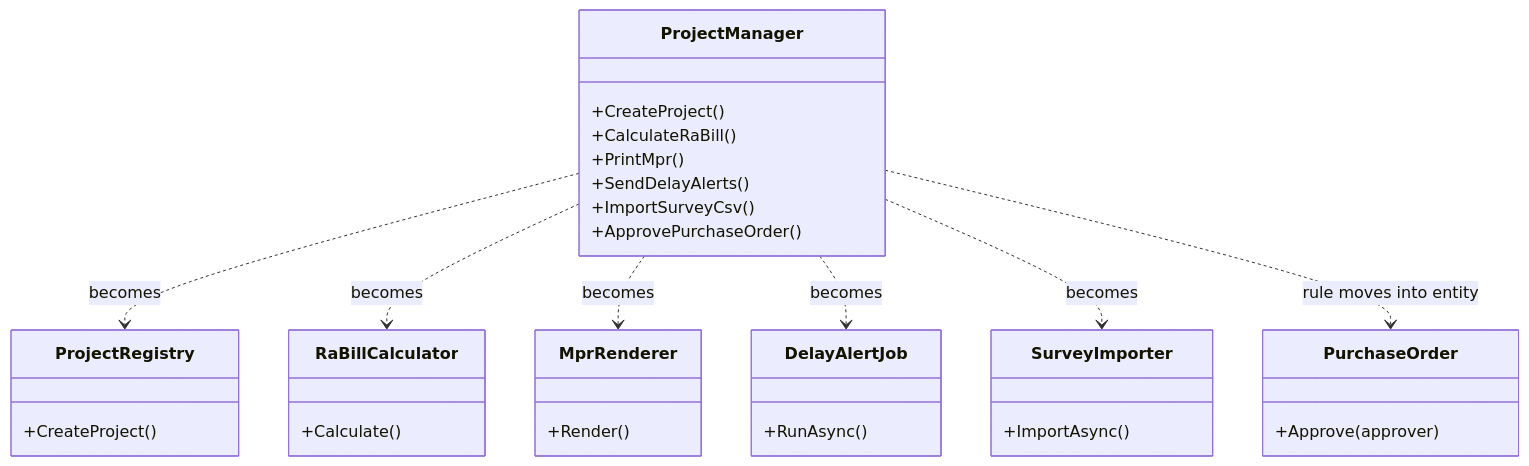
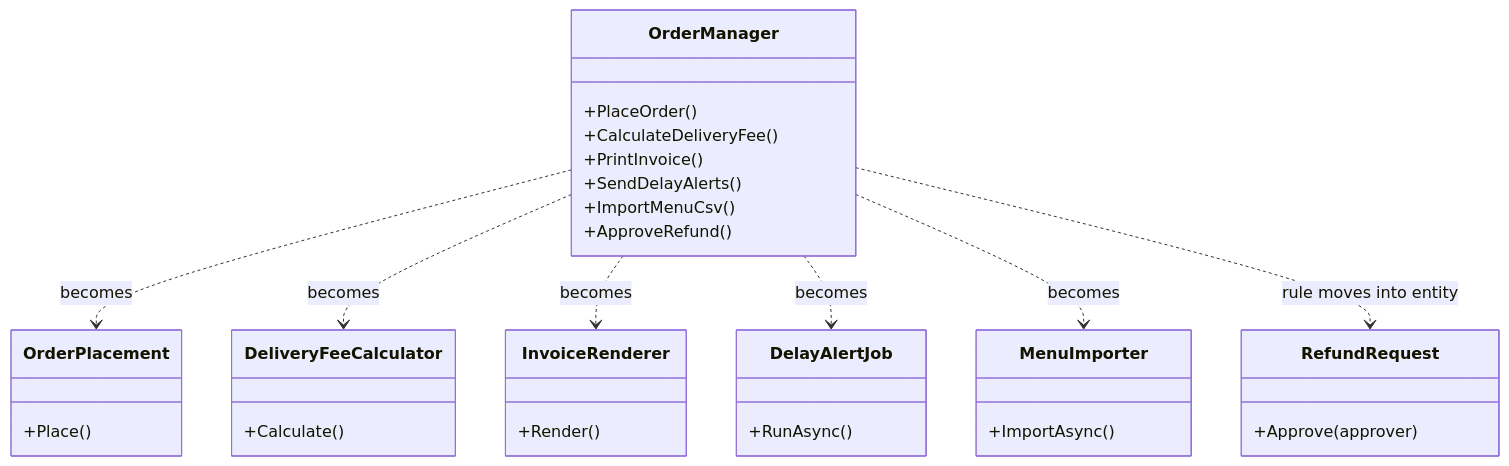
One commit to rizwi0786/system-design-lab changed the second of 3 diagrams in content/lessons/m06/m06-anti-patterns.md. Above: the diagram before and after it, drawn with Mermaid. The commit also changed other lines of this file and 334 other files, not shown here.

````diff
--- a/content/lessons/m06/m06-anti-patterns.md
+++ b/content/lessons/m06/m06-anti-patterns.md
@@ -351,35 +351,35 @@
 ```mermaid
 classDiagram
-    class ProjectManager {
-        +CreateProject()
-        +CalculateRaBill()
-        +PrintMpr()
+    class OrderManager {
+        +PlaceOrder()
+        +CalculateDeliveryFee()
+        +PrintInvoice()
         +SendDelayAlerts()
-        +ImportSurveyCsv()
-        +ApprovePurchaseOrder()
+        +ImportMenuCsv()
+        +ApproveRefund()
     }
-    class ProjectRegistry {
-        +CreateProject()
+    class OrderPlacement {
+        +Place()
     }
-    class RaBillCalculator {
+    class DeliveryFeeCalculator {
         +Calculate()
     }
-    class MprRenderer {
+    class InvoiceRenderer {
         +Render()
     }
     class DelayAlertJob {
         +RunAsync()
     }
-    class SurveyImporter {
+    class MenuImporter {
         +ImportAsync()
     }
-    class PurchaseOrder {
+    class RefundRequest {
         +Approve(approver)
     }
-    ProjectManager ..> ProjectRegistry : becomes
-    ProjectManager ..> RaBillCalculator : becomes
-    ProjectManager ..> MprRenderer : becomes
-    ProjectManager ..> DelayAlertJob : becomes
-    ProjectManager ..> SurveyImporter : becomes
-    ProjectManager ..> PurchaseOrder : rule moves into entity
+    OrderManager ..> OrderPlacement : becomes
+    OrderManager ..> DeliveryFeeCalculator : becomes
+    OrderManager ..> InvoiceRenderer : becomes
+    OrderManager ..> DelayAlertJob : becomes
+    OrderManager ..> MenuImporter : becomes
+    OrderManager ..> RefundRequest : rule moves into entity
 ```
````
